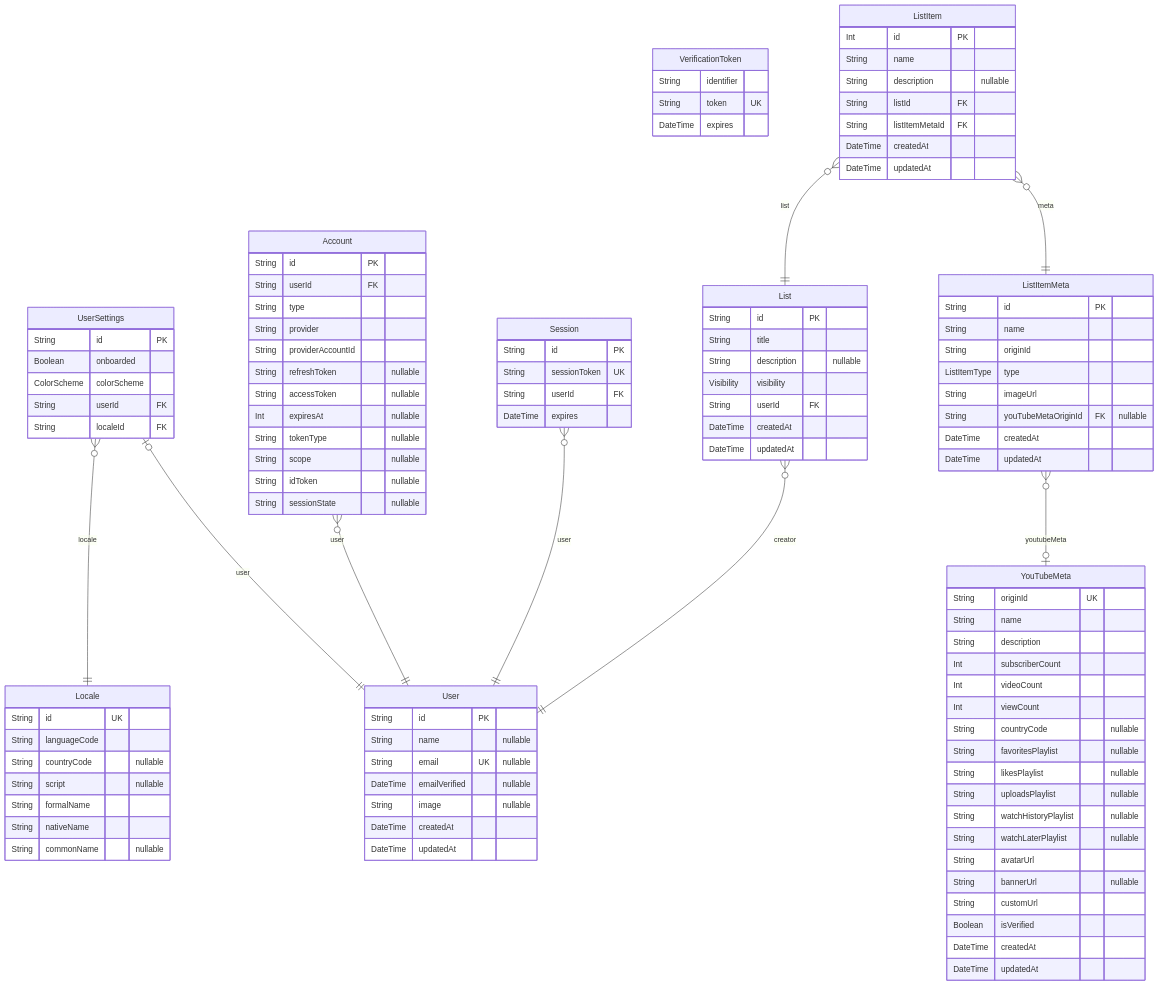
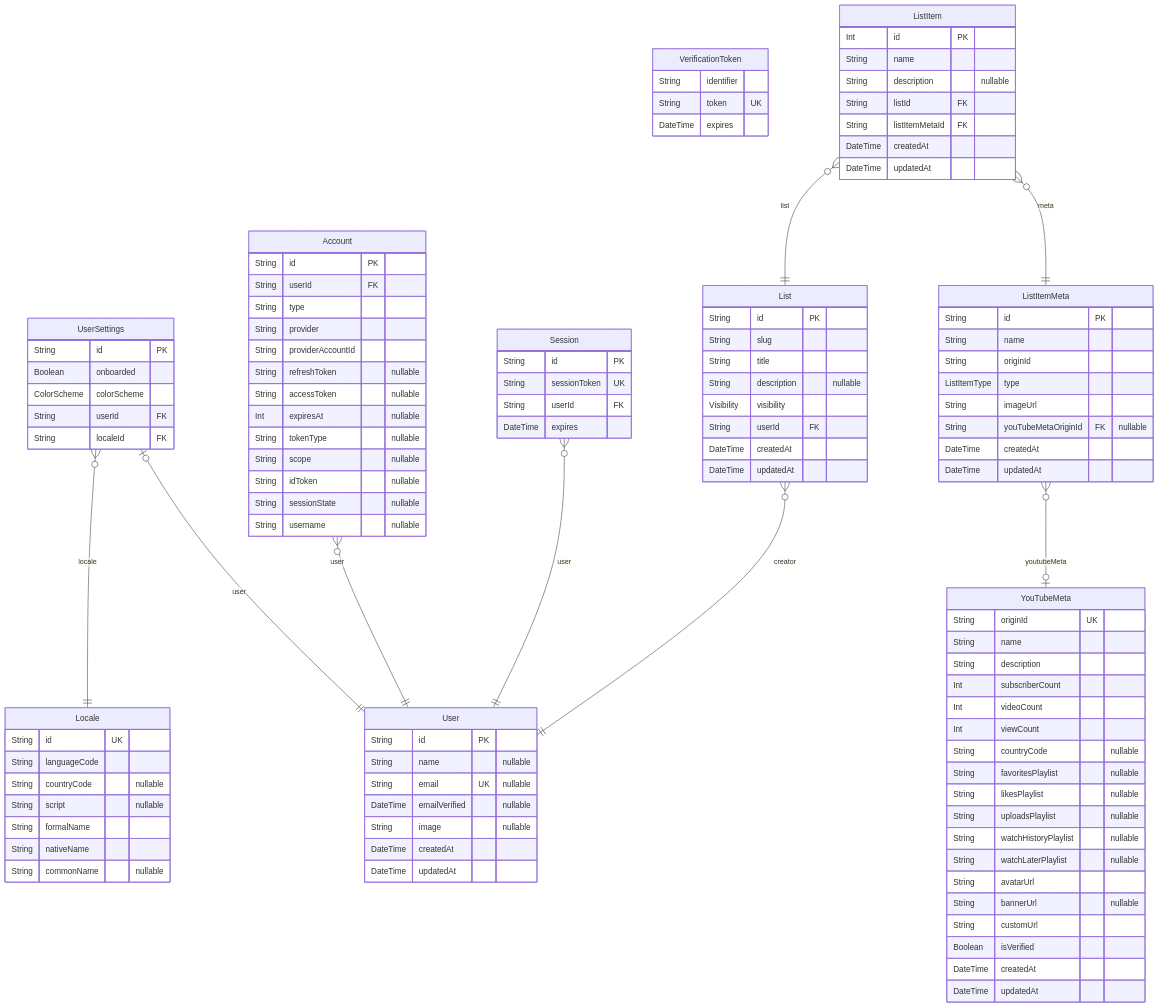
The diagram in YouTube-Mate/prisma/YouTubeMate-ERD.md (SedatUygur/YouTube-Mate), drawn with Mermaid before and after one commit. The commit also changed other lines of this file and 32 other files, not shown here.

```diff
--- a/YouTube-Mate/prisma/YouTubeMate-ERD.md
+++ b/YouTube-Mate/prisma/YouTubeMate-ERD.md
@@ -44,6 +44,7 @@
   String scope "nullable"
   String idToken "nullable"
   String sessionState "nullable"
+  String username "nullable"
 }
 "Session" {
   String id PK
@@ -58,6 +59,7 @@
 }
 "List" {
   String id PK
+  String slug
   String title
   String description "nullable"
   Visibility visibility
```
